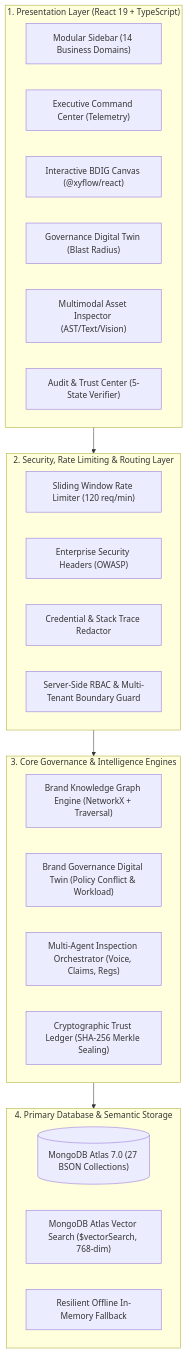
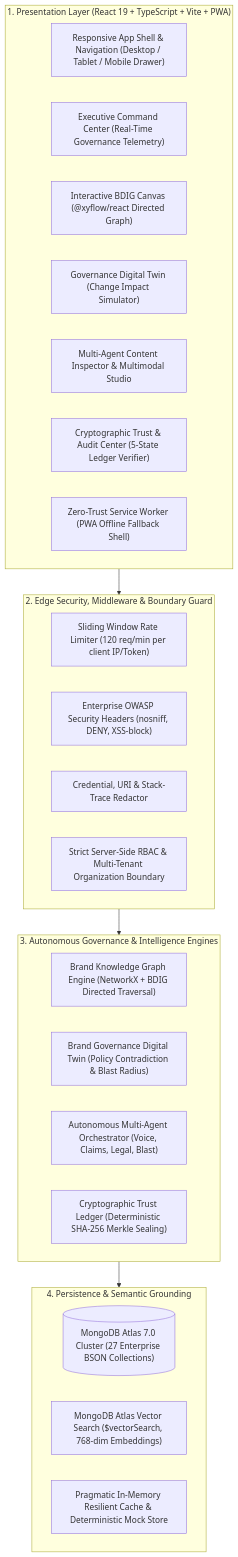
The first of 6 diagrams in docs/ARCHITECTURE.md (Jaswant-Karun/BrandTrace-AI), drawn with Mermaid before and after one commit. The commit also changed other lines of this file, not shown here.

````diff
--- a/docs/ARCHITECTURE.md
+++ b/docs/ARCHITECTURE.md
@@ -12,35 +14,36 @@
 ```mermaid
 flowchart TB
-    subgraph PresentationLayer ["1. Presentation Layer (React 19 + TypeScript)"]
-        UI_Nav["Modular Sidebar (14 Business Domains)"]
-        UI_CC["Executive Command Center (Telemetry)"]
-        UI_Canvas["Interactive BDIG Canvas (@xyflow/react)"]
-        UI_Sim["Governance Digital Twin (Blast Radius)"]
-        UI_Inspect["Multimodal Asset Inspector (AST/Text/Vision)"]
-        UI_Trust["Audit & Trust Center (5-State Verifier)"]
+    subgraph PresentationLayer ["1. Presentation Layer (React 19 + TypeScript + Vite + PWA)"]
+        UI_Nav["Responsive App Shell & Navigation (Desktop / Tablet / Mobile Drawer)"]
+        UI_CC["Executive Command Center (Real-Time Governance Telemetry)"]
+        UI_Canvas["Interactive BDIG Canvas (@xyflow/react Directed Graph)"]
+        UI_Sim["Governance Digital Twin (Change Impact Simulator)"]
+        UI_Inspect["Multi-Agent Content Inspector & Multimodal Studio"]
+        UI_Trust["Cryptographic Trust & Audit Center (5-State Ledger Verifier)"]
+        UI_PWA["Zero-Trust Service Worker (PWA Offline Fallback Shell)"]
     end
 
-    subgraph SecurityLayer ["2. Security, Rate Limiting & Routing Layer"]
-        RateLimit["Sliding Window Rate Limiter (120 req/min)"]
-        SecHeaders["Enterprise Security Headers (OWASP)"]
-        Sanitization["Credential & Stack Trace Redactor"]
-        RBAC_Guard["Server-Side RBAC & Multi-Tenant Boundary Guard"]
+    subgraph SecurityLayer ["2. Edge Security, Middleware & Boundary Guard"]
+        RateLimit["Sliding Window Rate Limiter (120 req/min per client IP/Token)"]
+        SecHeaders["Enterprise OWASP Security Headers (nosniff, DENY, XSS-block)"]
+        Sanitization["Credential, URI & Stack-Trace Redactor"]
+        RBAC_Guard["Strict Server-Side RBAC & Multi-Tenant Organization Boundary"]
     end
 
-    subgraph CoreEngines ["3. Core Governance & Intelligence Engines"]
-        Graph_Engine["Brand Knowledge Graph Engine (NetworkX + Traversal)"]
-        DigitalTwin["Brand Governance Digital Twin (Policy Conflict & Workload)"]
-        AgentPipeline["Multi-Agent Inspection Orchestrator (Voice, Claims, Regs)"]
-        Ledger_Engine["Cryptographic Trust Ledger (SHA-256 Merkle Sealing)"]
+    subgraph CoreEngines ["3. Autonomous Governance & Intelligence Engines"]
+        Graph_Engine["Brand Knowledge Graph Engine (NetworkX + BDIG Directed Traversal)"]
+        DigitalTwin["Brand Governance Digital Twin (Policy Contradiction & Blast Radius)"]
+        AgentPipeline["Autonomous Multi-Agent Orchestrator (Voice, Claims, Legal, Blast)"]
+        Ledger_Engine["Cryptographic Trust Ledger (Deterministic SHA-256 Merkle Sealing)"]
     end
 
-    subgraph PersistenceLayer ["4. Primary Database & Semantic Storage"]
-        Atlas_DB[("MongoDB Atlas 7.0 (27 BSON Collections)")]
-        Atlas_Vector["MongoDB Atlas Vector Search ($vectorSearch, 768-dim)"]
-        Memory_Fallback["Resilient Offline In-Memory Fallback"]
+    subgraph PersistenceLayer ["4. Persistence & Semantic Grounding"]
+        Atlas_DB[("MongoDB Atlas 7.0 Cluster (27 Enterprise BSON Collections)")]
+        Atlas_Vector["MongoDB Atlas Vector Search ($vectorSearch, 768-dim Embeddings)"]
+        Memory_Fallback["Pragmatic In-Memory Resilient Cache & Deterministic Mock Store"]
     end
 
     PresentationLayer --> SecurityLayer
     SecurityLayer --> CoreEngines
     CoreEngines --> PersistenceLayer
 ```
````
